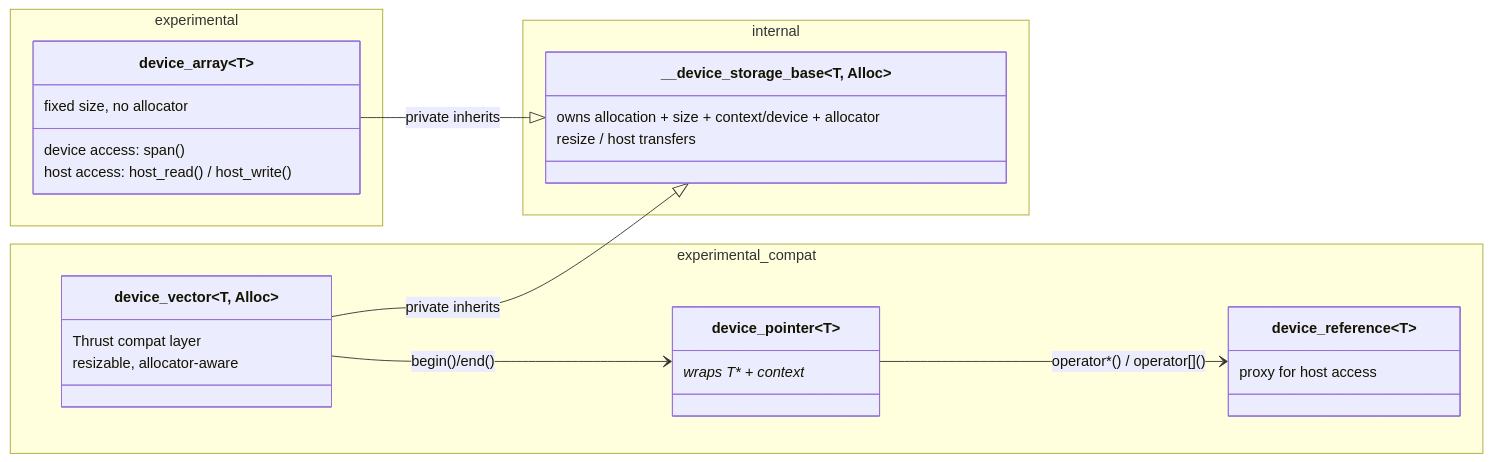
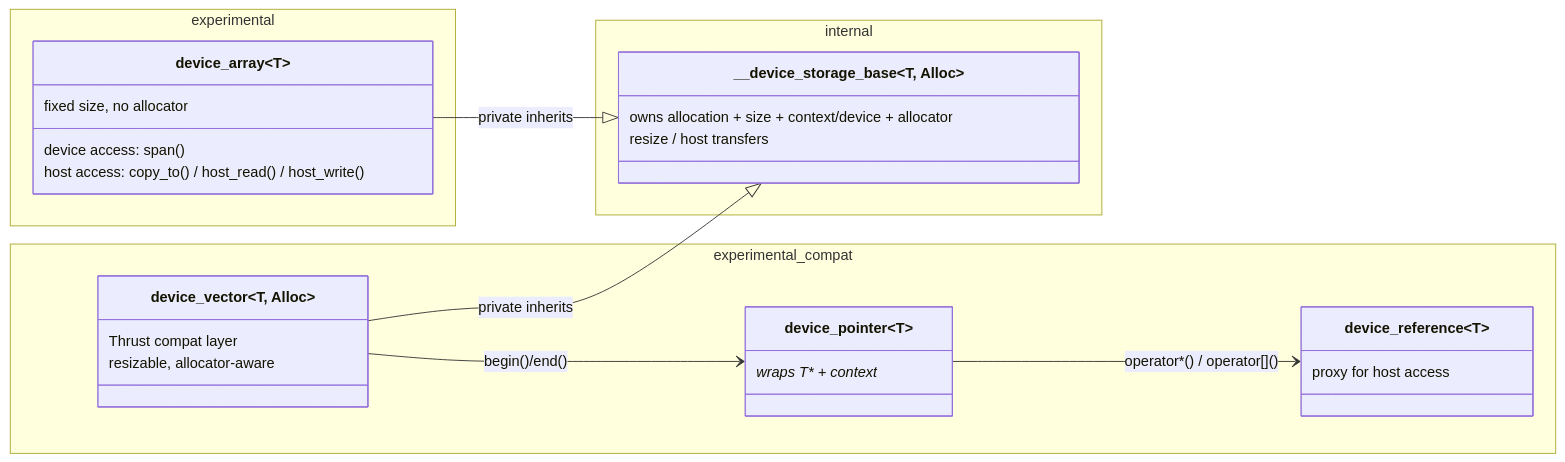
The diagram in rfcs/proposed/device_vector/README.md (uxlfoundation/oneDPL), drawn with Mermaid before and after one commit.

````diff
--- a/rfcs/proposed/device_vector/README.md
+++ b/rfcs/proposed/device_vector/README.md
@@ -84,39 +84,39 @@
 ```mermaid
 classDiagram
     direction LR
 
     namespace internal {
         class __device_storage_base~T, Alloc~ {
             owns allocation + size + context/device + allocator
             resize / host transfers
         }
     }
 
     namespace experimental {
         class device_array~T~ {
             fixed size, no allocator
             device access: span()
-            host access: host_read() / host_write()
+            host access: copy_to() / host_read() / host_write()
         }
     }
 
     namespace experimental_compat {
         class device_vector~T, Alloc~ {
             Thrust compat layer
             resizable, allocator-aware
         }
 
         class device_pointer~T~ {
             wraps T* + context*
         }
 
         class device_reference~T~ {
             proxy for host access
         }
     }
 
     device_array --|> __device_storage_base : private inherits
     device_vector --|> __device_storage_base : private inherits
     device_vector --> device_pointer : begin()/end()
     device_pointer --> device_reference : operator*() / operator[]()
 ```
````
